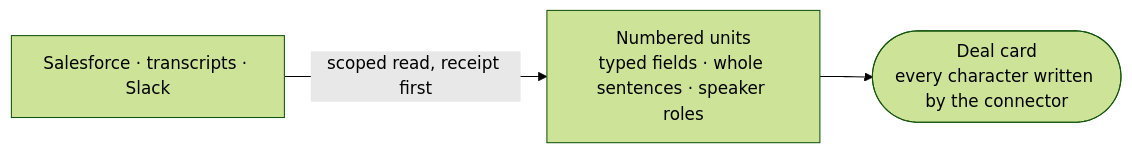
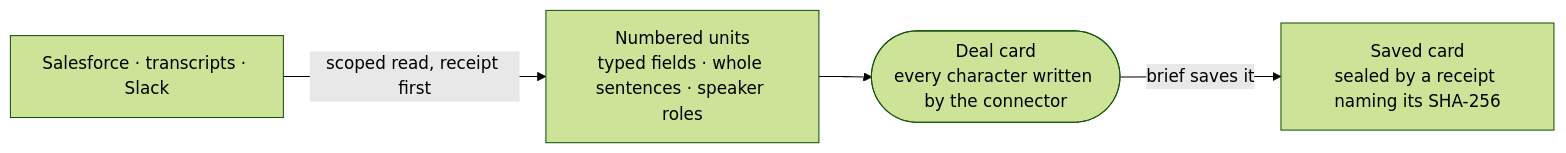
Before and after one commit to pwngh/gtm-connector: the diagram in README.md, drawn with Mermaid (forest theme). The commit also changed other lines of this file, not shown here.

````diff
--- a/README.md
+++ b/README.md
@@ -66,5 +78,6 @@
 ```mermaid
 flowchart LR
     S["Salesforce · transcripts · Slack"] -->|"scoped read, receipt first"| U["Numbered units<br/>typed fields · whole sentences · speaker roles"]
     U --> C(["Deal card<br/>every character written by the connector"])
+    C -->|"brief saves it"| B["Saved card<br/>sealed by a receipt naming its SHA-256"]
 ```
````
